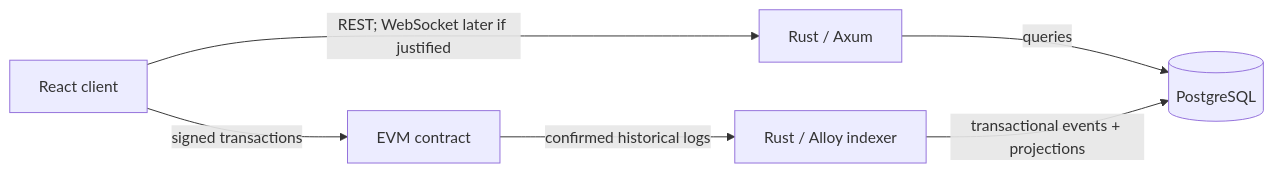
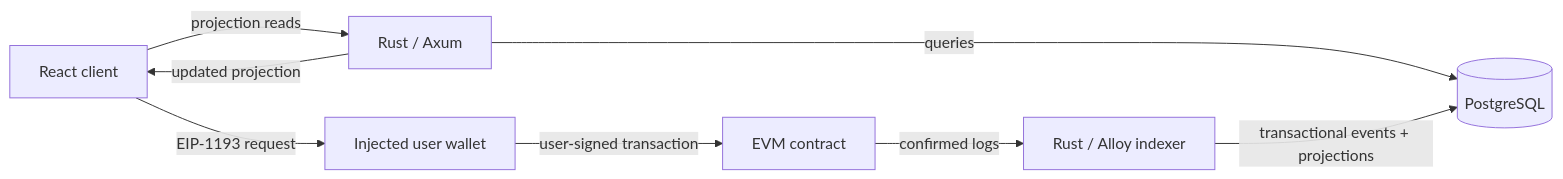
One commit to hrustrost/FORESYN changed the diagram in docs/architecture.md. Above: the diagram before and after it, drawn with Mermaid. The commit also changed other lines of this file and 20 other files, not shown here.

````diff
--- a/docs/architecture.md
+++ b/docs/architecture.md
@@ -9,8 +9,10 @@
 ```mermaid
 flowchart LR
-    UI[React client] -->|REST; WebSocket later if justified| API[Rust / Axum]
-    UI -->|signed transactions| CHAIN[EVM contract]
+    UI[React client] -->|projection reads| API[Rust / Axum]
+    UI -->|EIP-1193 request| WALLET[Injected user wallet]
+    WALLET -->|user-signed transaction| CHAIN[EVM contract]
     API -->|queries| DB[(PostgreSQL)]
-    CHAIN -->|confirmed historical logs| IDX[Rust / Alloy indexer]
+    CHAIN -->|confirmed logs| IDX[Rust / Alloy indexer]
     IDX -->|transactional events + projections| DB
+    API -->|updated projection| UI
 ```
````
